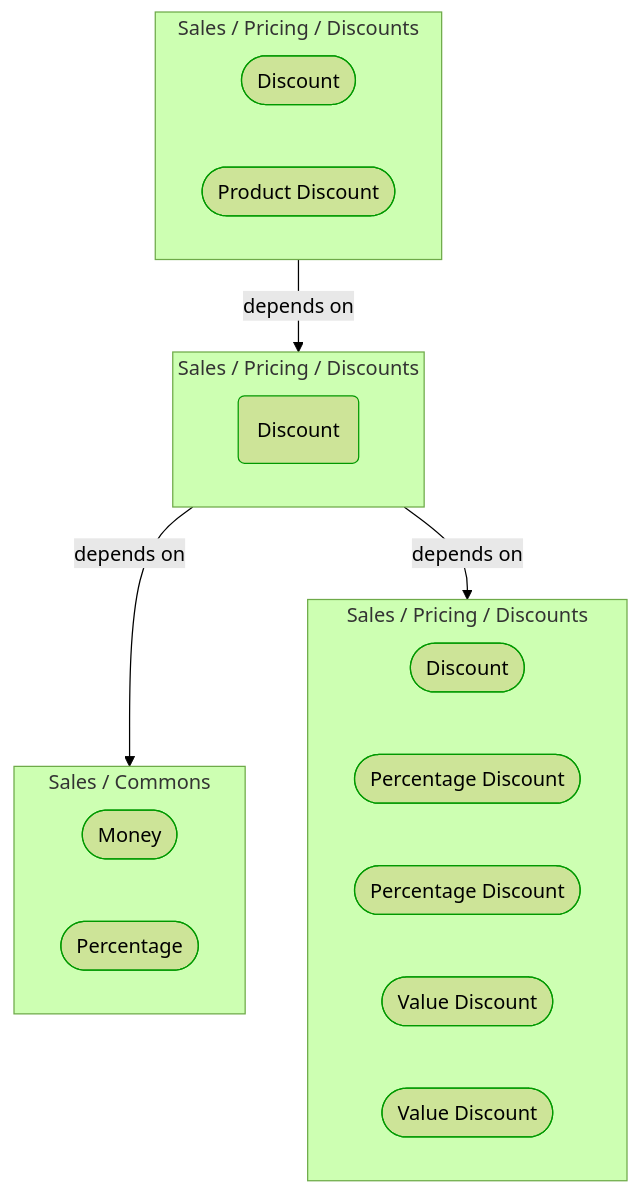
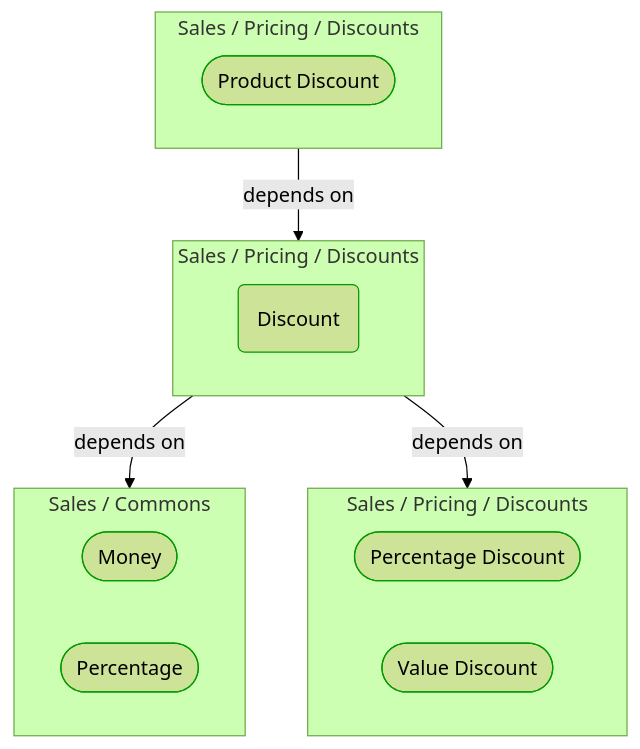
One commit to itlibrium/DDD-starter-dotnet changed the diagram in Docs/P3/MermaidOutput/Domain/Concepts/Sales/Pricing/Discounts/Discount.md. Above: the diagram before and after it, drawn with Mermaid (forest theme). The commit also changed other lines of this file and 102 other files, not shown here.

````diff
--- a/Docs/P3/MermaidOutput/Domain/Concepts/Sales/Pricing/Discounts/Discount.md
+++ b/Docs/P3/MermaidOutput/Domain/Concepts/Sales/Pricing/Discounts/Discount.md
@@ -20,37 +20,29 @@
 ```mermaid
   flowchart TB
     subgraph 0["Sales / Pricing / Discounts"]
-      1([Discount])
+      1([Product Discount])
       class 1 DomainPerspective
-      2([Product Discount])
-      class 2 DomainPerspective
     end
-    subgraph 3["Sales / Pricing / Discounts"]
-      4(Discount)
-      class 4 DomainPerspective
+    subgraph 2["Sales / Pricing / Discounts"]
+      3(Discount)
+      class 3 DomainPerspective
     end
-    subgraph 5["Sales / Commons"]
-      6([Money])
+    subgraph 4["Sales / Commons"]
+      5([Money])
+      class 5 DomainPerspective
+      6([Percentage])
       class 6 DomainPerspective
-      7([Percentage])
-      class 7 DomainPerspective
     end
-    subgraph 8["Sales / Pricing / Discounts"]
-      9([Discount])
+    subgraph 7["Sales / Pricing / Discounts"]
+      8([Percentage Discount])
+      class 8 DomainPerspective
+      9([Value Discount])
       class 9 DomainPerspective
-      10([Percentage Discount])
-      class 10 DomainPerspective
-      11([Percentage Discount])
-      class 11 DomainPerspective
-      12([Value Discount])
-      class 12 DomainPerspective
-      13([Value Discount])
-      class 13 DomainPerspective
     end
-    0-->|depends on|3
-    3-->|depends on|5
-    3-->|depends on|8
+    0-->|depends on|2
+    2-->|depends on|4
+    2-->|depends on|7
     classDef DomainPerspective stroke:#009900
     classDef TechnologyPerspective stroke:#1F41EB
     classDef PeoplePerspective stroke:#FFF014
 ```
````
